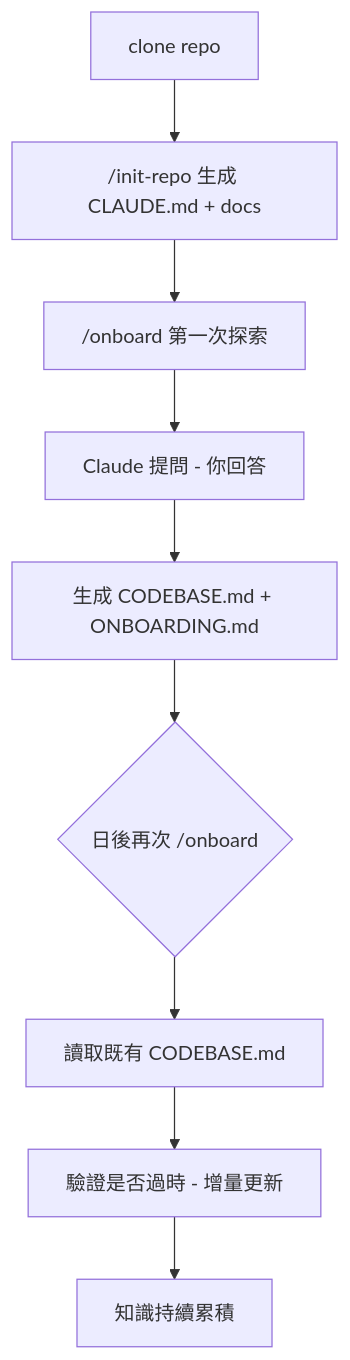
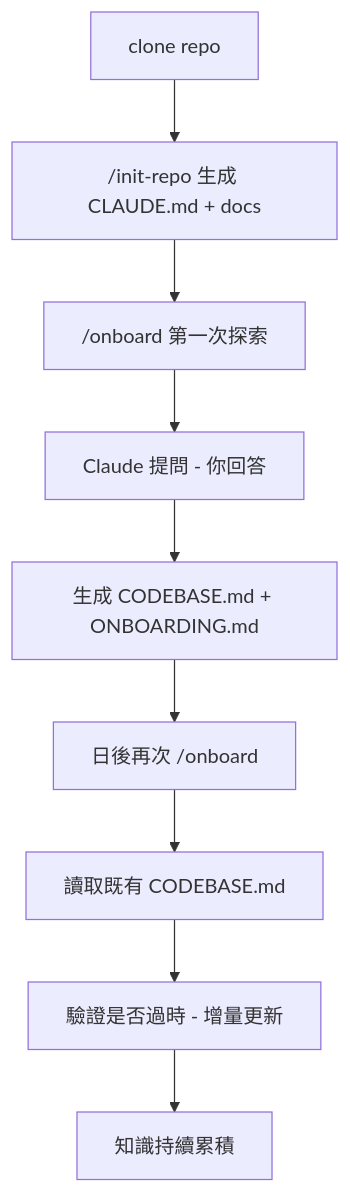
Before and after one commit to tony-yang-0216/my-knowledge-base: the first of 3 diagrams in notes/15-Dev-Tools/Claude Code CLI - 企業級 Git Repo 學習與開發完整指南.md, drawn with Mermaid.

Commit message:
docs(claude-code-guide): fix mermaid flowchart node syntax
- Change decision node braces to standard node brackets for non-decision text

````diff
--- a/notes/15-Dev-Tools/Claude Code CLI - 企業級 Git Repo 學習與開發完整指南.md
+++ b/notes/15-Dev-Tools/Claude Code CLI - 企業級 Git Repo 學習與開發完整指南.md
@@ -493,11 +493,11 @@
 ```mermaid
 flowchart TD
     A[clone repo] --> B["/init-repo" 生成 CLAUDE.md + docs]
     B --> C["/onboard" 第一次探索]
     C --> D[Claude 提問 - 你回答]
     D --> E[生成 CODEBASE.md + ONBOARDING.md]
-    E --> F{"日後再次 /onboard"}
+    E --> F["日後再次 /onboard"]
     F --> G[讀取既有 CODEBASE.md]
     G --> H[驗證是否過時 - 增量更新]
     H --> I[知識持續累積]
 ```
````
